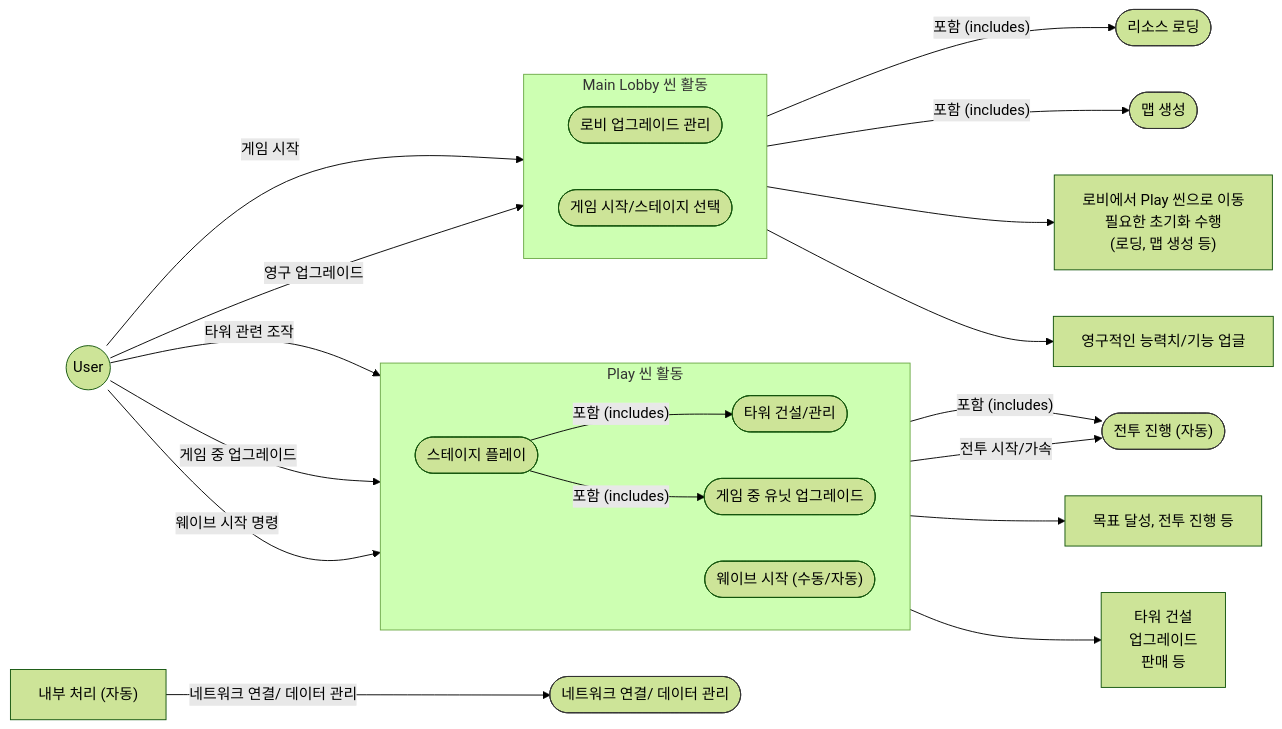
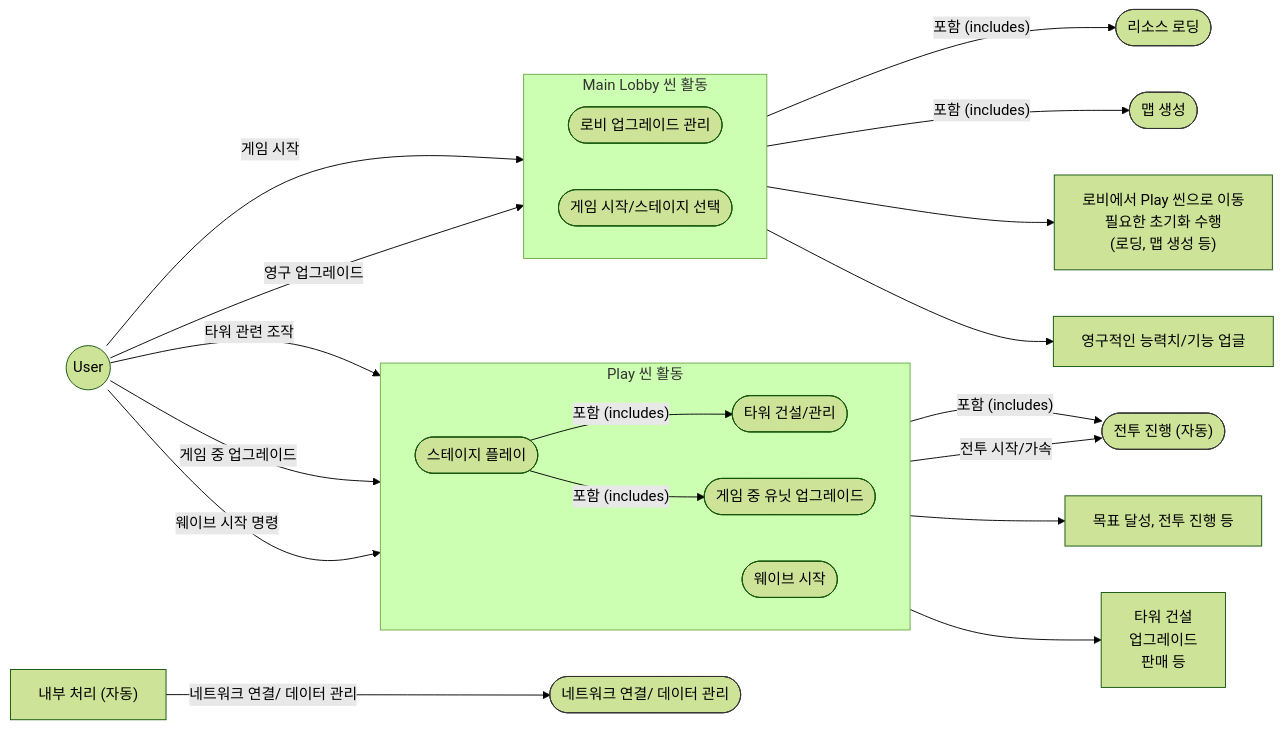
The first of 4 diagrams in _Doc/System.md (HyunWoo-Jo/ProjectHS), drawn with Mermaid (forest theme) before and after one commit. The commit also changed other lines of this file, not shown here.

````diff
--- a/_Doc/System.md
+++ b/_Doc/System.md
@@ -3,58 +4,58 @@
 ```mermaid
 graph LR
   %% Actor
   User((User))
 
   %% System Boundary
 
   subgraph Play 씬 활동
     direction LR
     UC_PlayStage([스테이지 플레이])
     UC_BuildManageTower([타워 건설/관리])
     UC_UpgradeUnitInGame([게임 중 유닛 업그레이드])
-    UC_TriggerWave(["웨이브 시작 (수동/자동)"]) 
+    UC_TriggerWave(["웨이브 시작"]) 
   end
 
   subgraph Main Lobby 씬 활동
     direction LR
     UC_ManageLobbyUpgrade([로비 업그레이드 관리])
     UC_StartGame([게임 시작/스테이지 선택])
   end
 
   %% User Interactions
   User -- "게임 시작" --> UC_StartGame
   User -- "영구 업그레이드" --> UC_ManageLobbyUpgrade
   User -- "타워 관련 조작" --> UC_BuildManageTower
   User -- "게임 중 업그레이드" --> UC_UpgradeUnitInGame
   User -- "웨이브 시작 명령" --> UC_TriggerWave
 
   %% Relationships between Use Cases (Optional: Use <<include>> or note for clarity)
   UC_StartGame -- "포함 (includes)" --> LoadingProcess(["리소스 로딩"])
   UC_StartGame -- "포함 (includes)" --> MapGeneration(["맵 생성"])
   UC_PlayStage -- "포함 (includes)" --> UC_BuildManageTower
   UC_PlayStage -- "포함 (includes)" --> UC_UpgradeUnitInGame
   UC_PlayStage -- "포함 (includes)" --> BattleProcess(["전투 진행 (자동)"])
   UC_TriggerWave -- "전투 시작/가속" --> BattleProcess
 
 
   %% Notes for clarification
   note_PlayStage["목표 달성, 전투 진행 등"]
   UC_PlayStage --> note_PlayStage
 
   note_StartGame["로비에서 Play 씬으로 이동<br/> 필요한 초기화 수행<br/> (로딩, 맵 생성 등)"]
   UC_StartGame --> note_StartGame
 
   note_LobbyUpgrade["영구적인 능력치/기능 업글"]
   UC_ManageLobbyUpgrade --> note_LobbyUpgrade
 
   note_BuildTower["타워 건설<br/> 업그레이드<br/> 판매 등"]
   UC_BuildManageTower --> note_BuildTower
 
   %% Internal Processes (Represented as notes or separate nodes for clarity, not primary use cases)
   style LoadingProcess fill:#lightgrey,stroke:#333,stroke-width:1px
   style MapGeneration fill:#lightgrey,stroke:#333,stroke-width:1px
   style BattleProcess fill:#lightgrey,stroke:#333,stroke-width:1px
   style NetworkMgmt fill:#lightgrey,stroke:#333,stroke-width:1px
 
   InternalProcesses["내부 처리 (자동)"] -- 네트워크 연결/ 데이터 관리 --> NetworkMgmt(["네트워크 연결/ 데이터 관리"])
 ```
````
